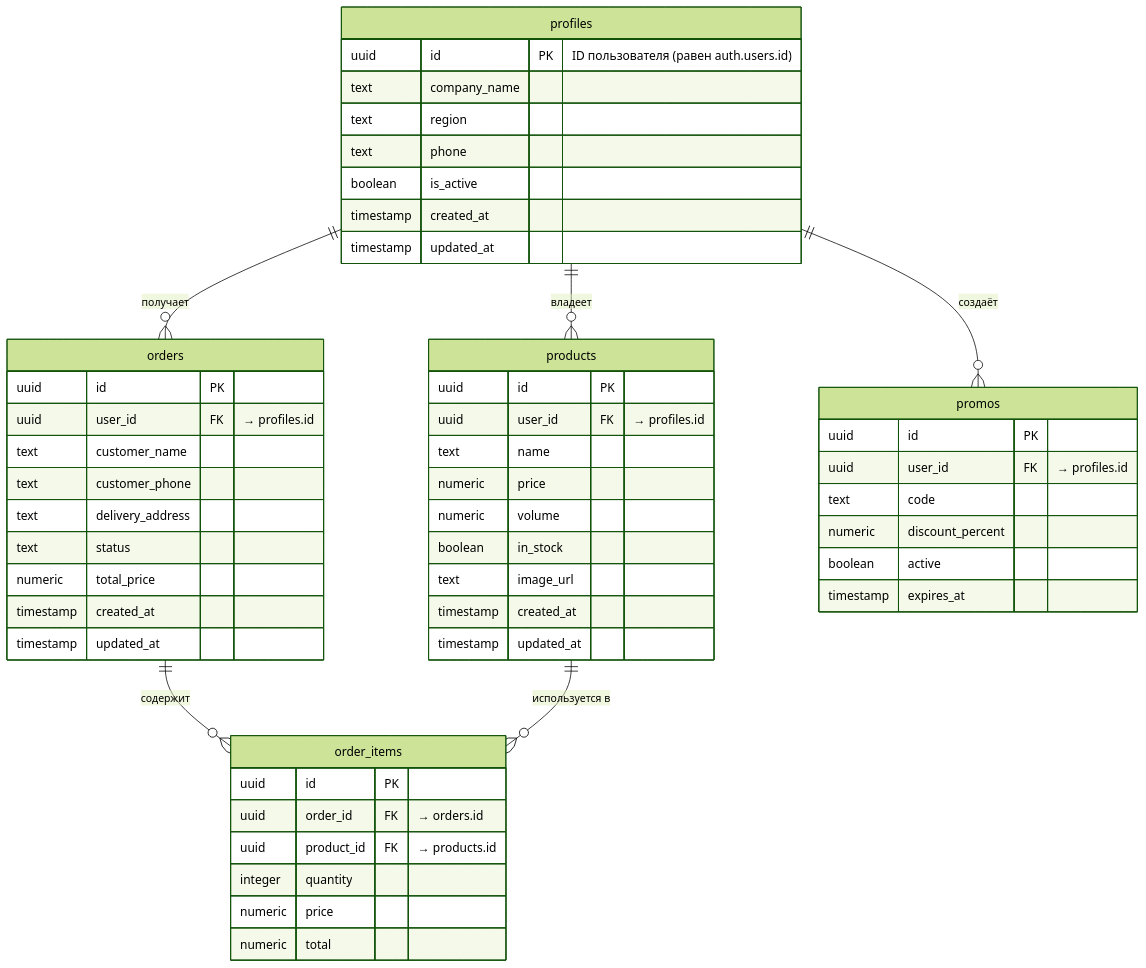
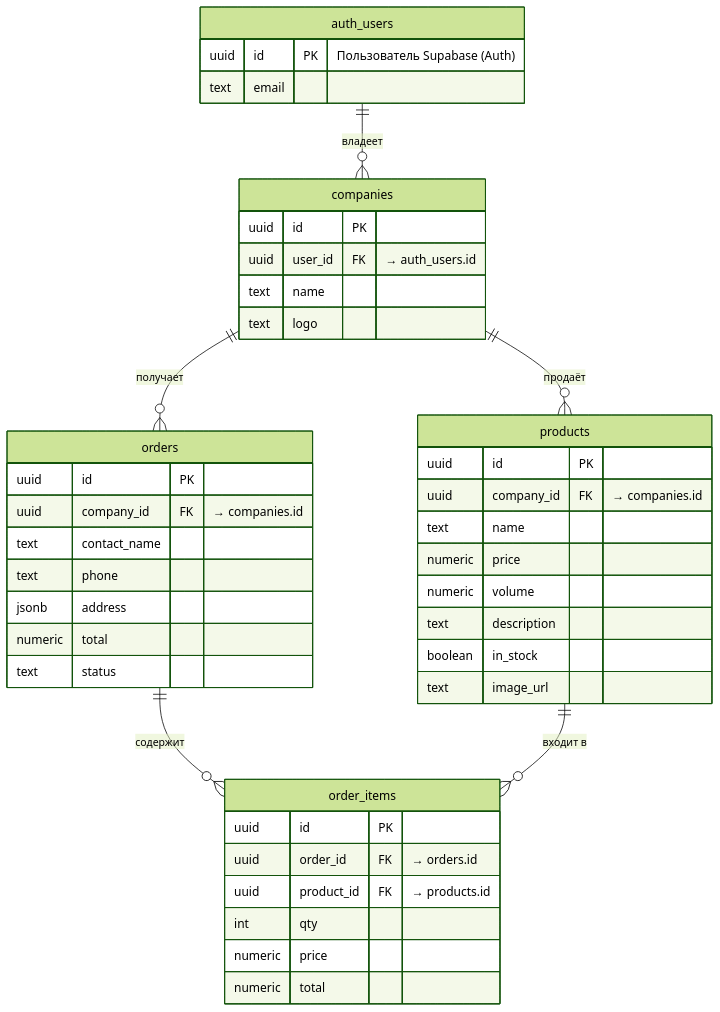
The diagram in docs/entities.md (vitarg/hida-admin), drawn with Mermaid (forest theme) before and after one commit. The commit also changed other lines of this file, not shown here.

````diff
--- a/docs/entities.md
+++ b/docs/entities.md
@@ -151,61 +118,50 @@
 ```mermaid
 erDiagram
+  auth_users {
+    uuid id PK "Пользователь Supabase (Auth)"
+    text email
+  }
 
-  profiles {
-    uuid id PK "ID пользователя (равен auth.users.id)"
-    text company_name
-    text region
-    text phone
-    boolean is_active
-    timestamp created_at
-    timestamp updated_at
+  companies {
+    uuid id PK
+    uuid user_id FK "→ auth_users.id"
+    text name
+    text logo
   }
 
   products {
     uuid id PK
-    uuid user_id FK "→ profiles.id"
+    uuid company_id FK "→ companies.id"
     text name
     numeric price
     numeric volume
+    text description
     boolean in_stock
     text image_url
-    timestamp created_at
-    timestamp updated_at
   }
 
   orders {
     uuid id PK
-    uuid user_id FK "→ profiles.id"
-    text customer_name
-    text customer_phone
-    text delivery_address
+    uuid company_id FK "→ companies.id"
+    text contact_name
+    text phone
+    jsonb address
+    numeric total
     text status
-    numeric total_price
-    timestamp created_at
-    timestamp updated_at
   }
 
   order_items {
     uuid id PK
     uuid order_id FK "→ orders.id"
     uuid product_id FK "→ products.id"
-    integer quantity
+    int qty
     numeric price
     numeric total
   }
 
-  promos {
-    uuid id PK
-    uuid user_id FK "→ profiles.id"
-    text code
-    numeric discount_percent
-    boolean active
-    timestamp expires_at
-  }
-
-  profiles ||--o{ products : "владеет"
-  profiles ||--o{ orders : "получает"
+  auth_users ||--o{ companies : "владеет"
+  companies ||--o{ products : "продаёт"
+  companies ||--o{ orders : "получает"
   orders ||--o{ order_items : "содержит"
-  products ||--o{ order_items : "используется в"
-  profiles ||--o{ promos : "создаёт"
+  products ||--o{ order_items : "входит в"
 ```
````
